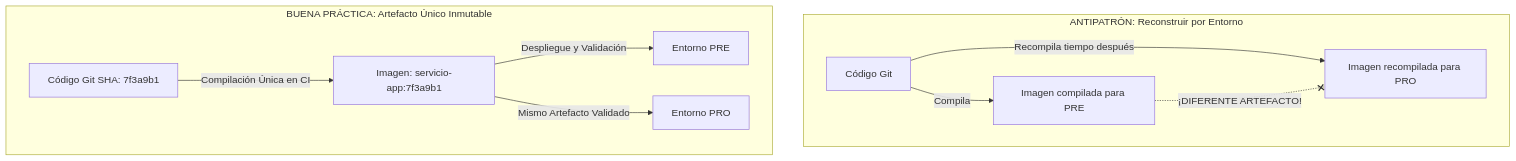
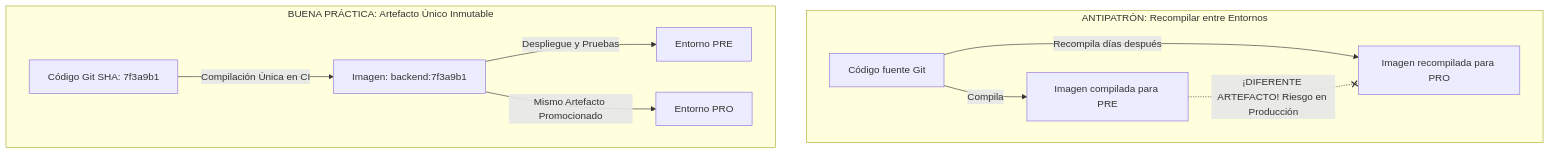
One commit to ieftraining/curso-openshift changed the sixth of 6 diagrams in docs/sesion4/4.7 Opciones de automatizacion.md. Above: the diagram before and after it, drawn with Mermaid. The commit also changed other lines of this file, not shown here.

````diff
--- a/docs/sesion4/4.7 Opciones de automatizacion.md
+++ b/docs/sesion4/4.7 Opciones de automatizacion.md
@@ -168,14 +179,14 @@
 ```mermaid
 flowchart TD
-    subgraph ANTIPATRÓN: Reconstruir por Entorno
-        Code1[Código Git] -->|Compila| ImgPRE[Imagen compilada para PRE]
-        Code1 -->|Recompila tiempo después| ImgPRO[Imagen recompilada para PRO]
-        ImgPRE -.-x|¡DIFERENTE ARTEFACTO!| ImgPRO
+    subgraph ANTIPATRÓN: Recompilar entre Entornos
+        Code1[Código fuente Git] -->|Compila| ImgPRE[Imagen compilada para PRE]
+        Code1 -->|Recompila días después| ImgPRO[Imagen recompilada para PRO]
+        ImgPRE -.-x|¡DIFERENTE ARTEFACTO! Riesgo en Producción| ImgPRO
     end
 
     subgraph BUENA PRÁCTICA: Artefacto Único Inmutable
-        Code2[Código Git SHA: 7f3a9b1] -->|Compilación Única en CI| SingleImg[Imagen: servicio-app:7f3a9b1]
-        SingleImg -->|Despliegue y Validación| EnvPRE[Entorno PRE]
-        SingleImg -->|Mismo Artefacto Validado| EnvPRO[Entorno PRO]
+        Code2[Código Git SHA: 7f3a9b1] -->|Compilación Única en CI| SingleImg[Imagen: backend:7f3a9b1]
+        SingleImg -->|Despliegue y Pruebas| EnvPRE[Entorno PRE]
+        SingleImg -->|Mismo Artefacto Promocionado| EnvPRO[Entorno PRO]
     end
 ```
````
